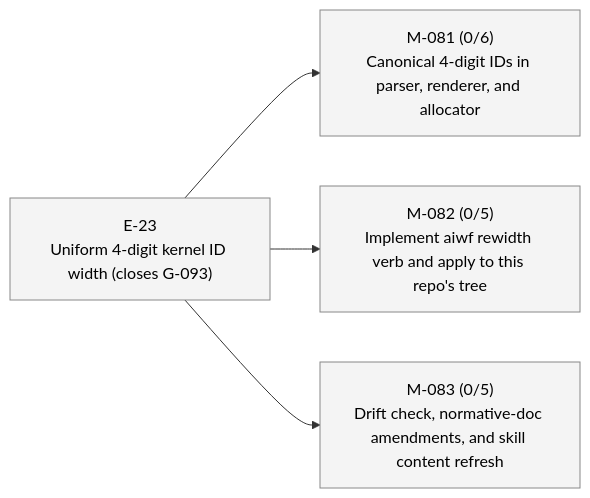
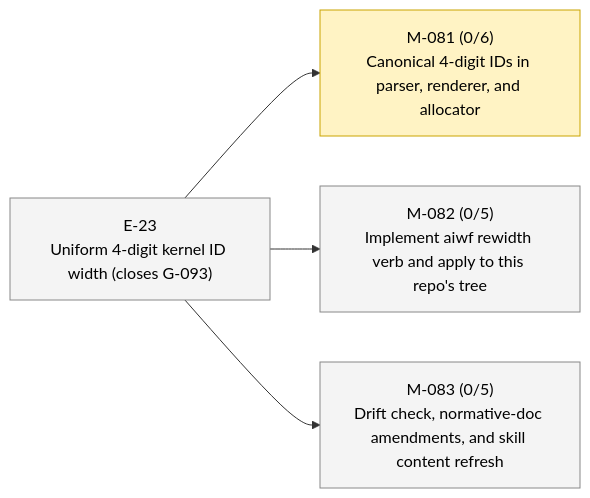
One commit to 23min/aiwf changed the second of 2 diagrams in STATUS.md. Above: the diagram before and after it, drawn with Mermaid. The commit also changed other lines of this file and 1 other file, not shown here.

First line of the commit message:
aiwf promote M-081 draft -> in_progress

````diff
--- a/STATUS.md
+++ b/STATUS.md
@@ -47,16 +47,16 @@
 ```mermaid
 flowchart LR
   E_23["E-23<br/>Uniform 4-digit kernel ID width (closes G-093)"]:::epic_proposed
-  M_081["M-081 (0/6)<br/>Canonical 4-digit IDs in parser, renderer, and allocator"]:::ms_draft
+  M_081["M-081 (0/6)<br/>Canonical 4-digit IDs in parser, renderer, and allocator"]:::ms_in_progress
   E_23 --> M_081
   M_082["M-082 (0/5)<br/>Implement aiwf rewidth verb and apply to this repo's tree"]:::ms_draft
   E_23 --> M_082
   M_083["M-083 (0/5)<br/>Drift check, normative-doc amendments, and skill content refresh"]:::ms_draft
   E_23 --> M_083
   classDef epic_active fill:#d6eaff,stroke:#1a73e8,color:#000
   classDef epic_proposed fill:#f4f4f4,stroke:#888,color:#000
   classDef ms_done fill:#d8f5d8,stroke:#2a8a2a,color:#000
   classDef ms_in_progress fill:#fff3c4,stroke:#caa400,color:#000
   classDef ms_draft fill:#f4f4f4,stroke:#888,color:#000
   classDef ms_cancelled fill:#fbeaea,stroke:#c33,color:#000
 ```
````
